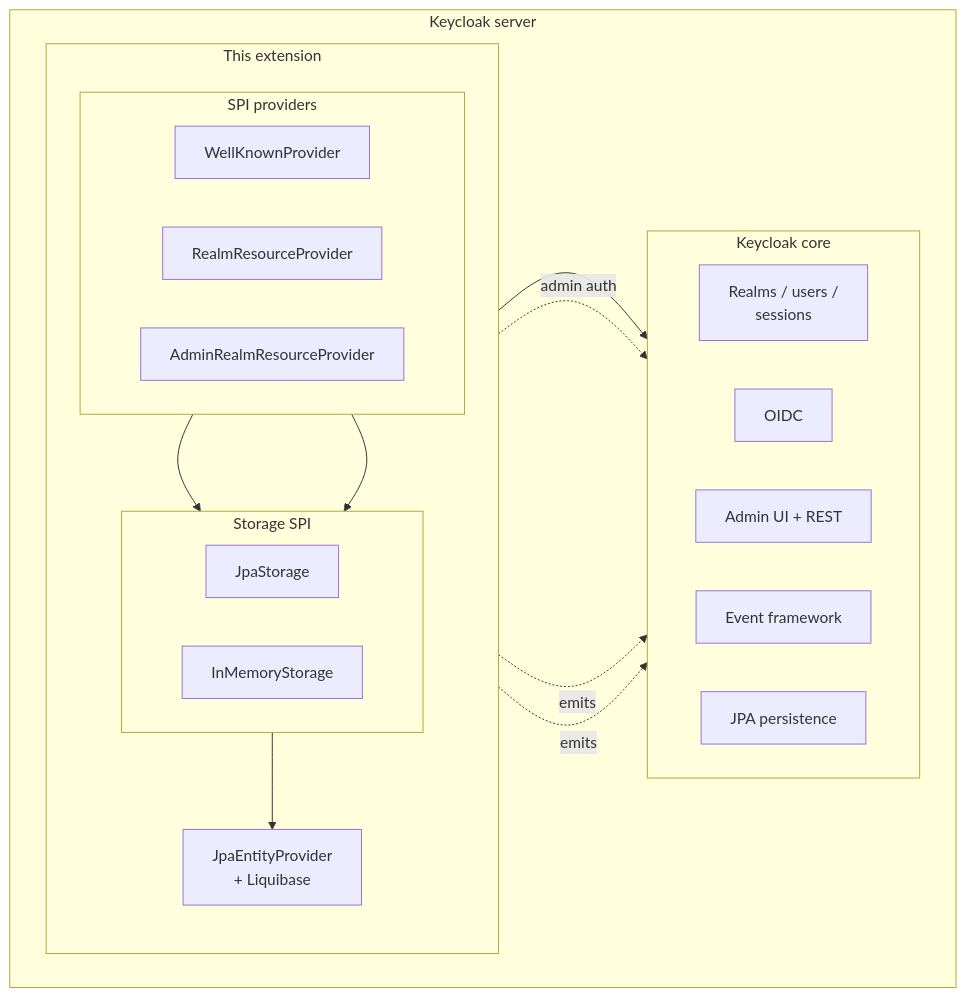
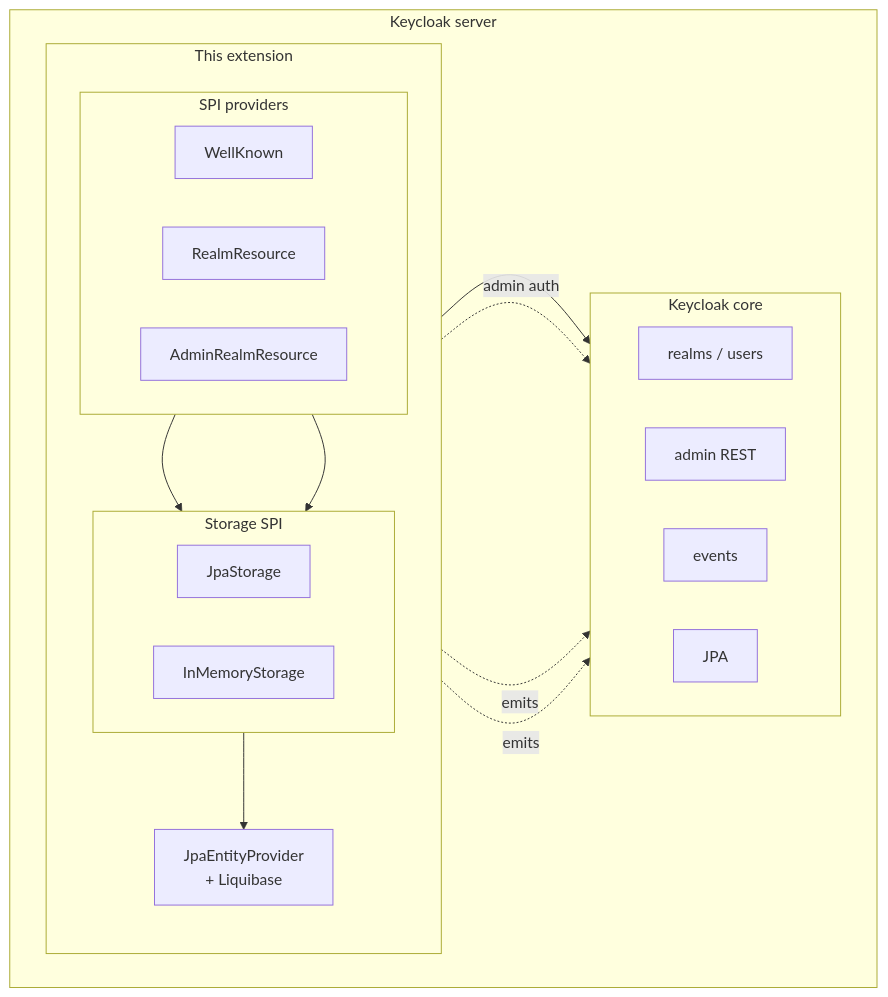
Before and after one commit to chenhunghan/keycloak-agent-auth: the fourth of 4 diagrams in docs/architecture.md, drawn with Mermaid. The commit also changed other lines of this file, not shown here.

````diff
--- a/docs/architecture.md
+++ b/docs/architecture.md
@@ -165,39 +154,38 @@
 ```mermaid
 flowchart TB
     subgraph KC["Keycloak server"]
         subgraph CORE["Keycloak core"]
             direction LR
-            C1["Realms / users /<br/>sessions"]
-            C2["OIDC"]
-            C3["Admin UI + REST"]
-            C4["Event framework"]
-            C5["JPA persistence"]
+            C1["realms / users"]
+            C3["admin REST"]
+            C4["events"]
+            C5["JPA"]
         end
 
         subgraph EXT["This extension"]
             direction TB
             subgraph PROV["SPI providers"]
                 direction LR
-                P1["WellKnownProvider"]
-                P2["RealmResourceProvider"]
-                P3["AdminRealmResourceProvider"]
+                P1["WellKnown"]
+                P2["RealmResource"]
+                P3["AdminRealmResource"]
             end
 
             subgraph STOR["Storage SPI"]
                 direction LR
                 S1["JpaStorage"]
                 S2["InMemoryStorage"]
             end
 
             JPA["JpaEntityProvider<br/>+ Liquibase"]
         end
     end
 
     P2 --> S1
     P3 --> S1
     S1 --> JPA
     JPA --> C5
     P3 -.->|admin auth| C3
     P2 -.->|emits| C4
     P3 -.->|emits| C4
 ```
````
